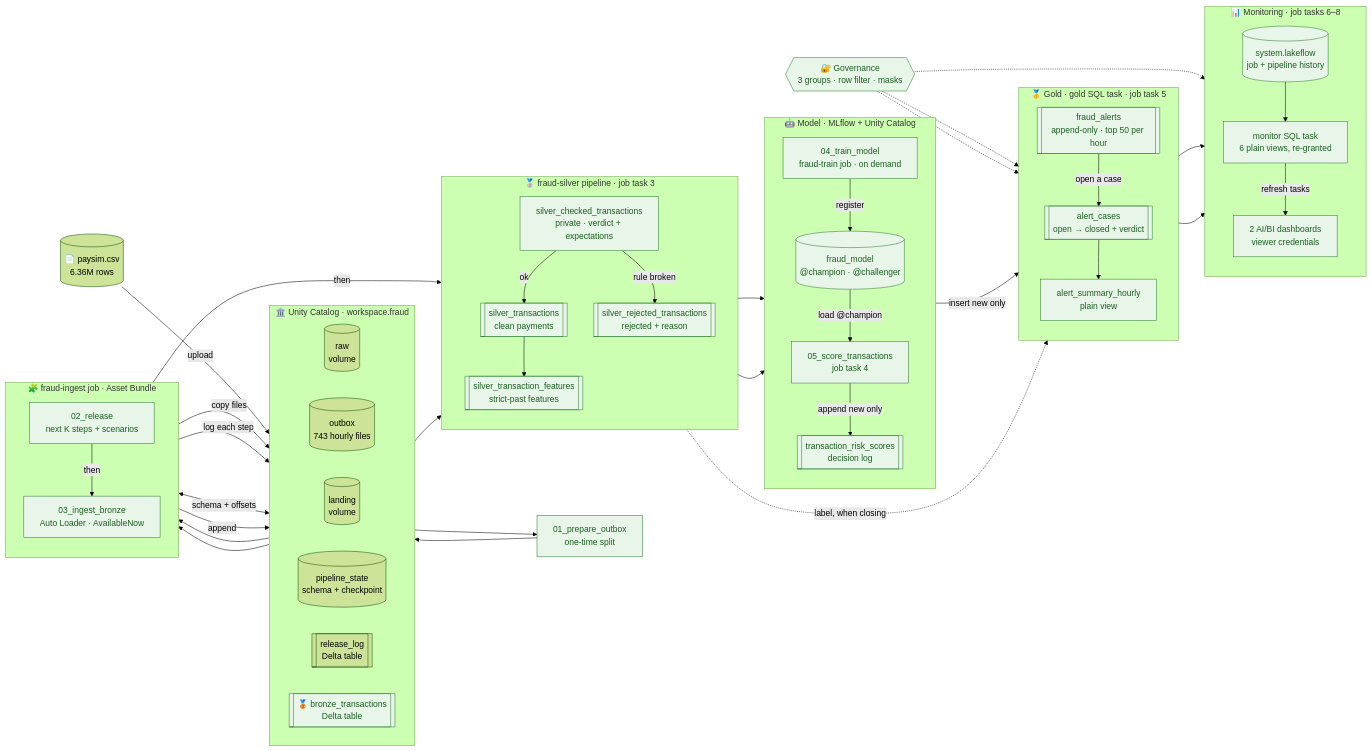
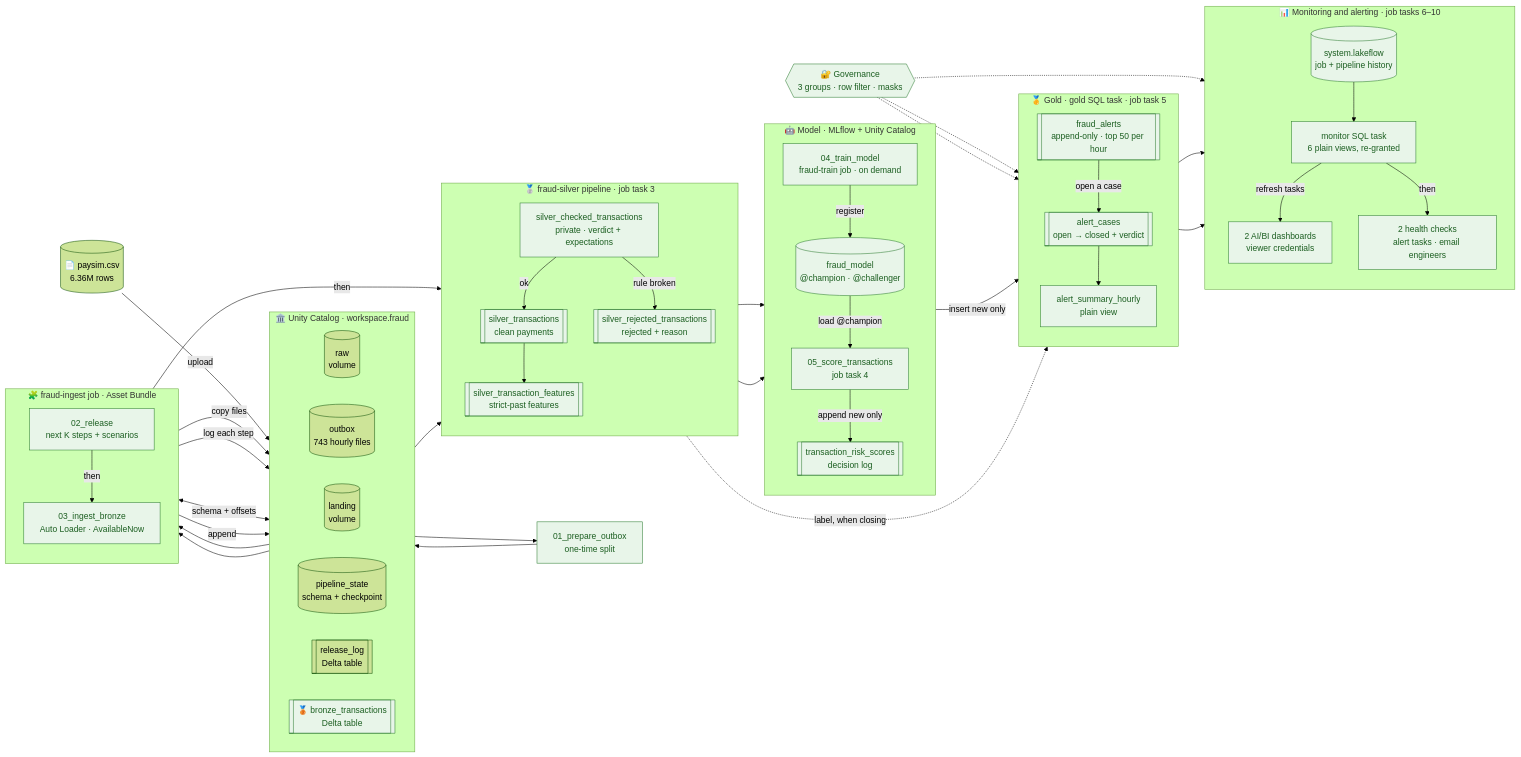
One commit to deepan-mehta-analytics/databricks-fraud-detection changed the diagram in README.md. Above: the diagram before and after it, drawn with Mermaid (forest theme). The commit also changed other lines of this file and 1 other file, not shown here.

First line of the commit message:
docs(6b): README and tests README for alerting emails

````diff
--- a/README.md
+++ b/README.md
@@ -255,13 +267,15 @@
     GOV -.-> CASES
     GOV -.-> ALERTS
 
-    subgraph MON["📊 Monitoring · job tasks 6–8"]
+    subgraph MON["📊 Monitoring and alerting · job tasks 6–10"]
         direction TB
         VIEWS["monitor SQL task<br/>6 plain views, re-granted"]
         SYS[("system.lakeflow<br/>job + pipeline history")]
         DASH["2 AI/BI dashboards<br/>viewer credentials"]
         SYS --> VIEWS
         VIEWS -->|refresh tasks| DASH
+        CHECKS["2 health checks<br/>alert tasks · email engineers"]
+        VIEWS -->|then| CHECKS
     end
 
     SUMMARY --> VIEWS
@@ -270,5 +284,5 @@
 
     classDef planned fill:#f5f5f5,stroke:#999,stroke-dasharray:4 3,color:#666
     classDef done fill:#e8f5e9,stroke:#2e7d32,color:#1b5e20
-    class REL,ING,SPLIT,BRONZE,CHK,CLEAN,REJ,FEAT,TRAIN,REG,SCORE,SCORES,ALERTS,CASES,SUMMARY,GOV,VIEWS,SYS,DASH done
+    class REL,ING,SPLIT,BRONZE,CHK,CLEAN,REJ,FEAT,TRAIN,REG,SCORE,SCORES,ALERTS,CASES,SUMMARY,GOV,VIEWS,SYS,DASH,CHECKS done
 ```
````
